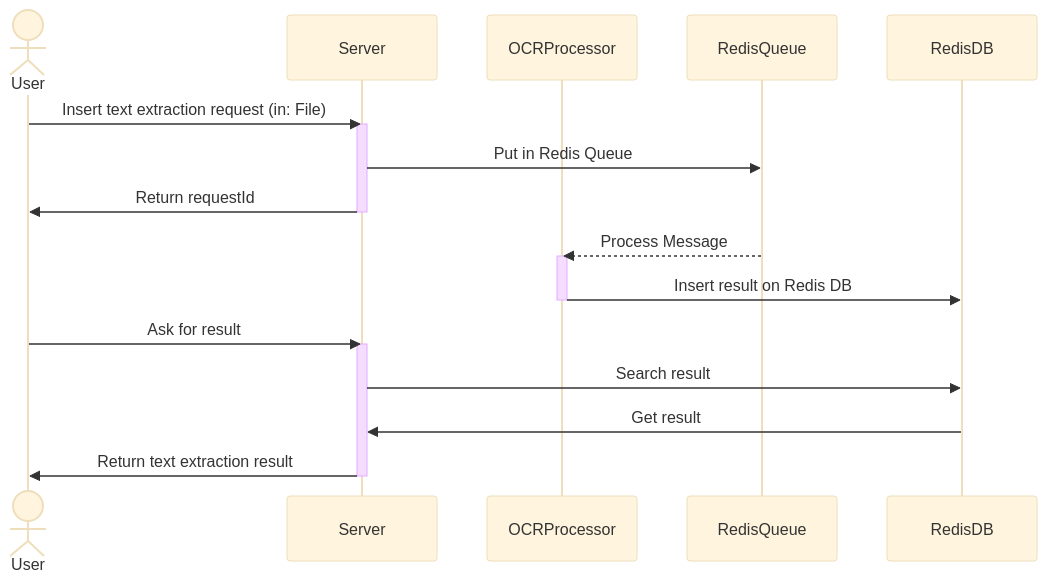
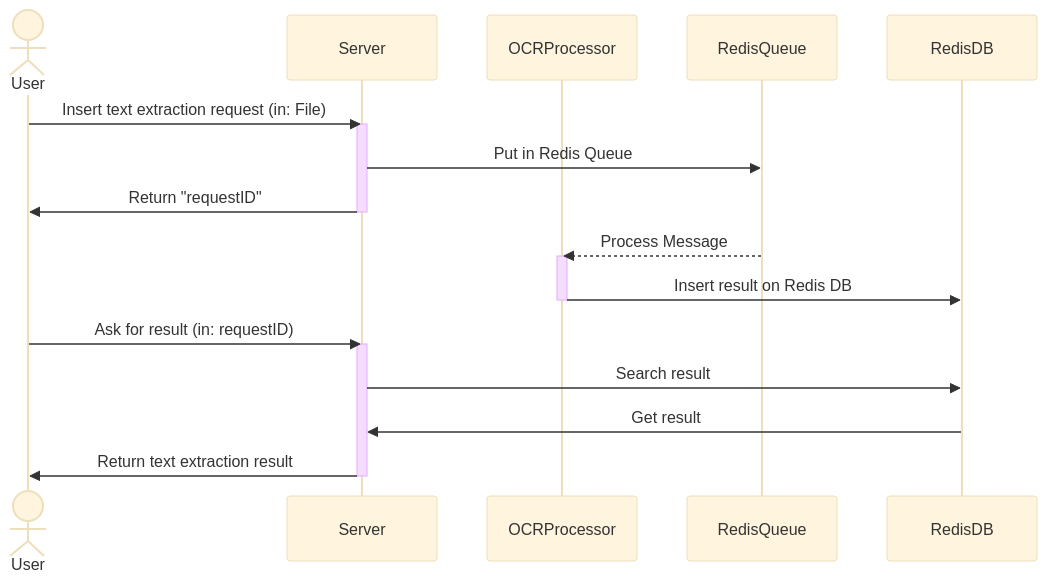
The diagram in README.md (AlessioScarfone/async-ocr), drawn with Mermaid (base theme) before and after one commit.

Commit message:
Doc: update diagram

````diff
--- a/README.md
+++ b/README.md
@@ -12,25 +12,25 @@
 ```mermaid
 sequenceDiagram
     actor User
     participant Server
     participant OCRProcessor
     participant RedisQueue
     participant RedisDB
 
     User ->> Server: Insert text extraction request (in: File)
     activate Server
     Server ->> RedisQueue: Put in Redis Queue
-    Server ->> User: Return requestId
+    Server ->> User: Return "requestID"
     deactivate Server
     RedisQueue -->> OCRProcessor: Process Message
     activate OCRProcessor
     OCRProcessor ->> RedisDB: Insert result on Redis DB
     deactivate OCRProcessor
 
-    User ->> Server: Ask for result
+    User ->> Server: Ask for result (in: requestID)
     activate Server
     Server ->> RedisDB: Search result
     RedisDB ->> Server: Get result
     Server ->> User: Return text extraction result
     deactivate Server
 ```
````
